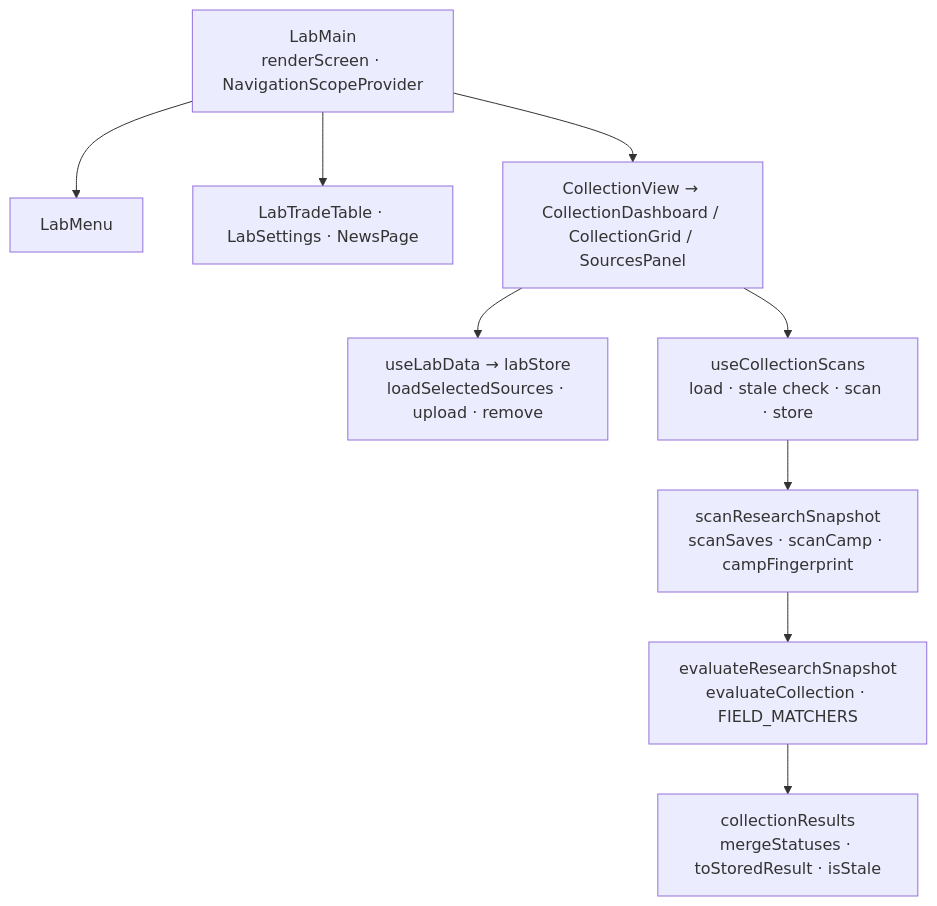
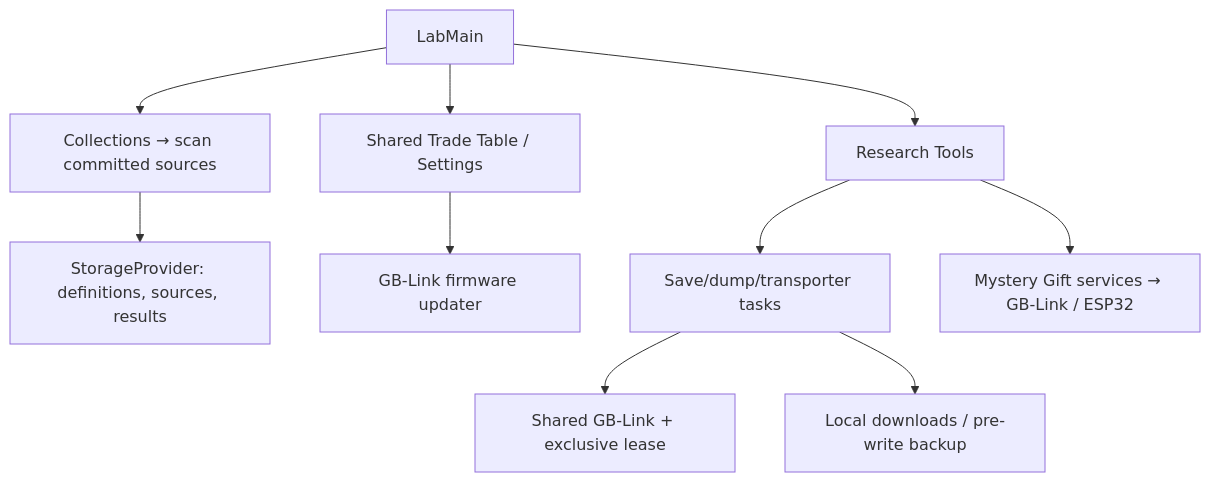
Before and after one commit to MercuryEnigma/pkcamp: the diagram in src/pages/pokestorage/lab/ARCHITECTURE.md, drawn with Mermaid. The commit also changed other lines of this file and 133 other files, not shown here.

Commit message:
Add tons of QoL and various tools in the Lab Zone!

````diff
--- a/src/pages/pokestorage/lab/ARCHITECTURE.md
+++ b/src/pages/pokestorage/lab/ARCHITECTURE.md
@@ -15,11 +18,12 @@
 ```mermaid
 flowchart TB
-  Main["LabMain<br/>renderScreen · NavigationScopeProvider"] --> Menu["LabMenu"]
-  Main --> Views["LabTradeTable · LabSettings · NewsPage"]
-  Main --> Collection["CollectionView → CollectionDashboard / CollectionGrid / SourcesPanel"]
-  Collection --> Data["useLabData → labStore<br/>loadSelectedSources · upload · remove"]
-  Collection --> Scan["useCollectionScans<br/>load · stale check · scan · store"]
-  Scan --> Snapshot["scanResearchSnapshot<br/>scanSaves · scanCamp · campFingerprint"]
-  Snapshot --> Evaluate["evaluateResearchSnapshot<br/>evaluateCollection · FIELD_MATCHERS"]
-  Evaluate --> Results["collectionResults<br/>mergeStatuses · toStoredResult · isStale"]
+  Lab["LabMain"] --> Collections["Collections → scan committed sources"]
+  Collections --> Storage["StorageProvider: definitions, sources, results"]
+  Lab --> Shared["Shared Trade Table / Settings"]
+  Shared --> Firmware["GB-Link firmware updater"]
+  Lab --> Tools["Research Tools"]
+  Tools --> Tasks["Save/dump/transporter tasks"]
+  Tasks --> Device["Shared GB-Link + exclusive lease"]
+  Tasks --> Local["Local downloads / pre-write backup"]
+  Tools --> Gifts["Mystery Gift services → GB-Link / ESP32"]
 ```
````
